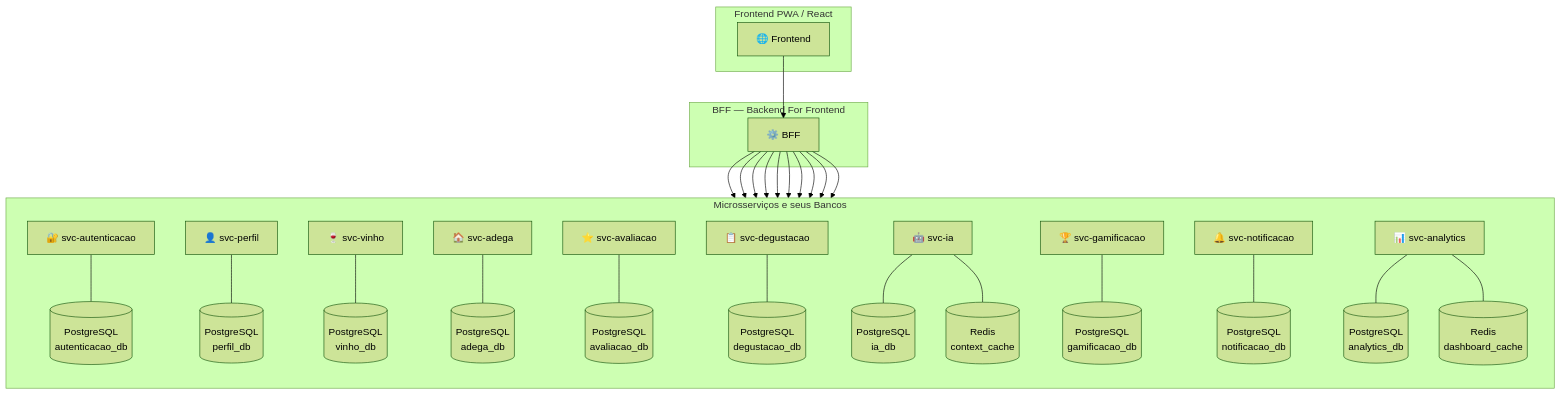
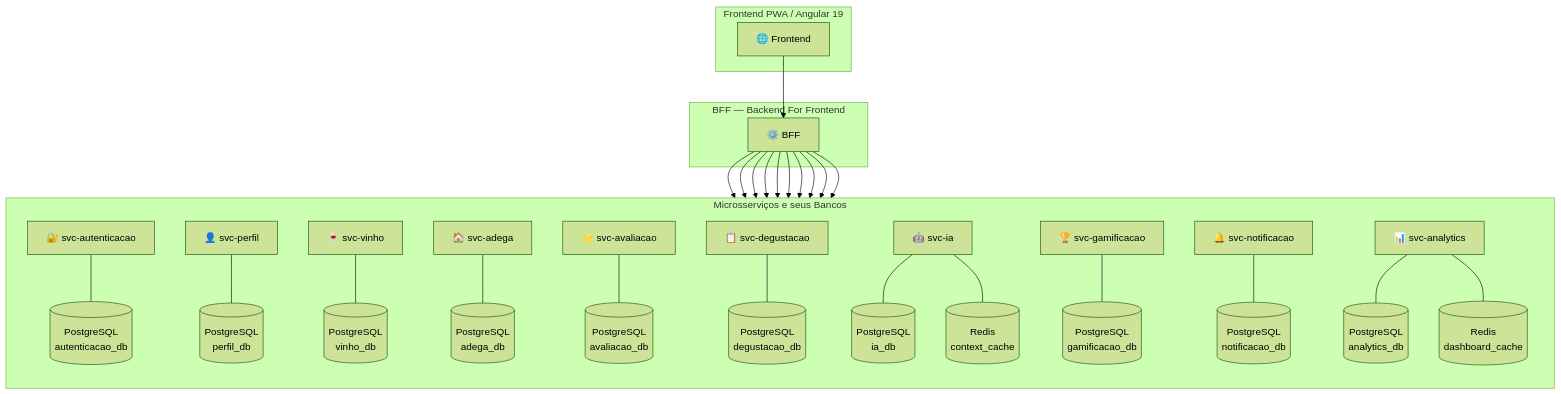
Before and after one commit to vanderleik/vinho-notas-v2: the first of 11 diagrams in docs/arquitetura/VinhoNotas_ArquiteturaBancoDados_v2.0.md, drawn with Mermaid (forest theme). The commit also changed 14 other files, not shown here.

````diff
--- a/docs/arquitetura/VinhoNotas_ArquiteturaBancoDados_v2.0.md
+++ b/docs/arquitetura/VinhoNotas_ArquiteturaBancoDados_v2.0.md
@@ -17,39 +17,39 @@
 ```mermaid
 graph TD
-    subgraph FRONTEND["Frontend PWA / React"]
+  subgraph FRONTEND["Frontend PWA / Angular 19"]
         FE["🌐 Frontend"]
     end
 
     subgraph BFF["BFF — Backend For Frontend"]
         B["⚙️ BFF"]
     end
 
     subgraph SERVICOS["Microsserviços e seus Bancos"]
         direction TB
 
         S1["🔐 svc-autenticacao"] --- DB1[("PostgreSQL\nautenticacao_db")]
         S2["👤 svc-perfil"]       --- DB2[("PostgreSQL\nperfil_db")]
         S3["🍷 svc-vinho"]        --- DB3[("PostgreSQL\nvinho_db")]
         S4["🏠 svc-adega"]        --- DB4[("PostgreSQL\nadega_db")]
         S5["⭐ svc-avaliacao"]    --- DB5[("PostgreSQL\navaliacao_db")]
         S6["📋 svc-degustacao"]   --- DB6[("PostgreSQL\ndegustacao_db")]
         S7["🤖 svc-ia"]           --- DB7[("PostgreSQL\nia_db")]
         S7                        --- R1[("Redis\ncontext_cache")]
         S8["🏆 svc-gamificacao"]  --- DB8[("PostgreSQL\ngamificacao_db")]
         S9["🔔 svc-notificacao"]  --- DB9[("PostgreSQL\nnotificacao_db")]
         S10["📊 svc-analytics"]   --- DB10[("PostgreSQL\nanalytics_db")]
         S10                       --- R2[("Redis\ndashboard_cache")]
     end
 
     FE --> B
     B --> S1
     B --> S2
     B --> S3
     B --> S4
     B --> S5
     B --> S6
     B --> S7
     B --> S8
     B --> S9
     B --> S10
 ```
````
